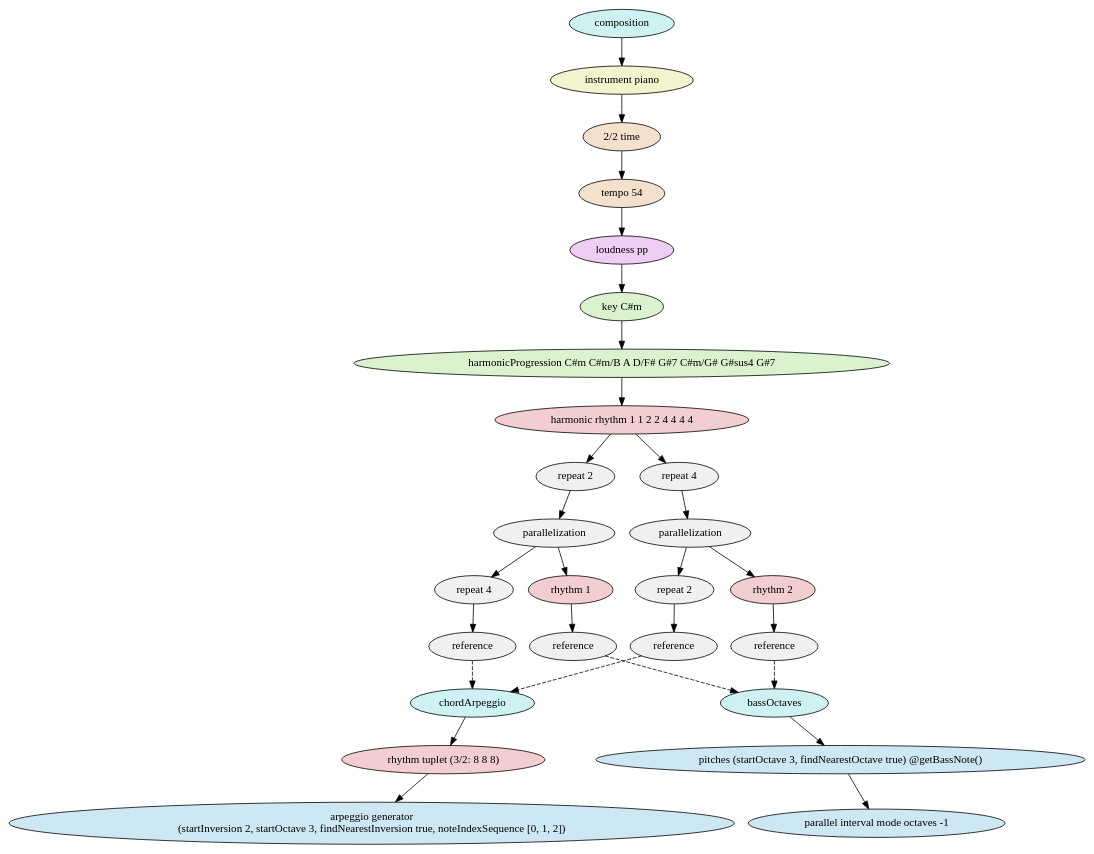
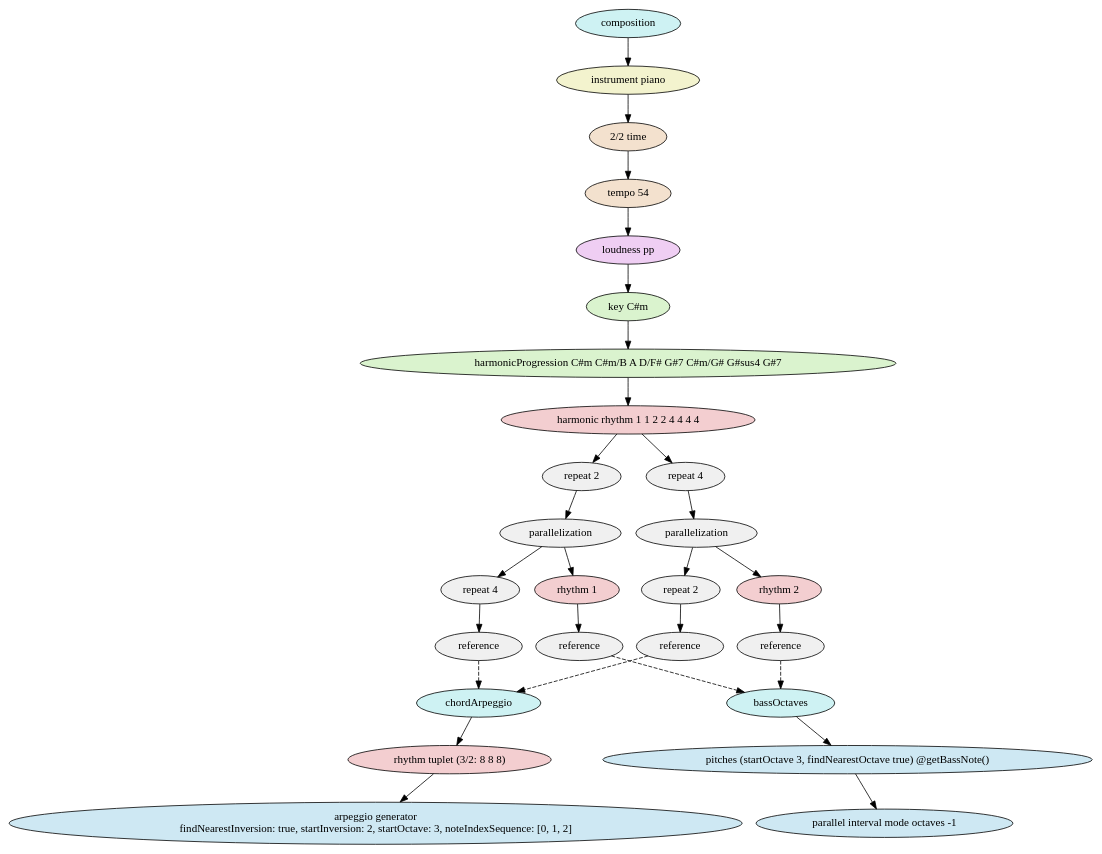
One commit to david-pace/mps-examples changed the diagram in Composition Models/Beethoven/Op27No2_PianoSonataInCSharpMinor/Op27No2_MoonlightSonata_Movement1_TreeModel.dot. Above: the diagram before and after it, drawn with Graphviz. The commit also changed 21 other files, not shown here.

```diff
--- a/Composition Models/Beethoven/Op27No2_PianoSonataInCSharpMinor/Op27No2_MoonlightSonata_Movement1_TreeModel.dot
+++ b/Composition Models/Beethoven/Op27No2_PianoSonataInCSharpMinor/Op27No2_MoonlightSonata_Movement1_TreeModel.dot
@@ -1,57 +1,57 @@
 digraph compositionModel {
     graph [ordering="out"];
     n0 [fillcolor="#cef2f3",style="filled",label="composition"];
     n1 [fillcolor="#f3f3ce",style="filled",label="instrument piano"];
     n0 -> n1;
     n2 [fillcolor="#f3e1ce",style="filled",label="2/2 time"];
     n1 -> n2;
     n3 [fillcolor="#f3e1ce",style="filled",label="tempo 54"];
     n2 -> n3;
     n4 [fillcolor="#efcef3",style="filled",label="loudness pp"];
     n3 -> n4;
     n5 [fillcolor="#daf3ce",style="filled",label="key C#m"];
     n4 -> n5;
     n6 [fillcolor="#daf3ce",style="filled",label="harmonicProgression C#m C#m/B A D/F# G#7 C#m/G# G#sus4 G#7"];
     n5 -> n6;
     n7 [fillcolor="#f3ced0",style="filled",label="harmonic rhythm 1 1 2 2 4 4 4 4"];
     n6 -> n7;
     n8 [fillcolor="#f0f0f0",style="filled",label="repeat 2"];
     n7 -> n8;
     n9 [fillcolor="#f0f0f0",style="filled",label="parallelization"];
     n8 -> n9;
     n10 [fillcolor="#f0f0f0",style="filled",label="repeat 4"];
     n9 -> n10;
     n11 [fillcolor="#f0f0f0",style="filled",label="reference"];
     n10 -> n11;
     n12 [fillcolor="#f3ced0",style="filled",label="rhythm 1"];
     n9 -> n12;
     n13 [fillcolor="#f0f0f0",style="filled",label="reference"];
     n12 -> n13;
     n14 [fillcolor="#f0f0f0",style="filled",label="repeat 4"];
     n7 -> n14;
     n15 [fillcolor="#f0f0f0",style="filled",label="parallelization"];
     n14 -> n15;
     n16 [fillcolor="#f0f0f0",style="filled",label="repeat 2"];
     n15 -> n16;
     n17 [fillcolor="#f0f0f0",style="filled",label="reference"];
     n16 -> n17;
     n18 [fillcolor="#f3ced0",style="filled",label="rhythm 2"];
     n15 -> n18;
     n19 [fillcolor="#f0f0f0",style="filled",label="reference"];
     n18 -> n19;
     n20 [fillcolor="#cef2f3",style="filled",label="chordArpeggio"];
     n21 [fillcolor="#f3ced0",style="filled",label="rhythm tuplet (3/2: 8 8 8)"];
     n20 -> n21;
     n22 [fillcolor="#cee8f3",style="filled",label="arpeggio generator
-(startInversion 2, startOctave 3, findNearestInversion true, noteIndexSequence [0, 1, 2])"];
+findNearestInversion: true, startInversion: 2, startOctave: 3, noteIndexSequence: [0, 1, 2]"];
     n21 -> n22;
     n23 [fillcolor="#cef2f3",style="filled",label="bassOctaves"];
     n24 [fillcolor="#cee8f3",style="filled",label="pitches (startOctave 3, findNearestOctave true) @getBassNote()"];
     n23 -> n24;
     n25 [fillcolor="#cee8f3",style="filled",label="parallel interval mode octaves -1"];
     n24 -> n25;
     n11 -> n20 [style="dashed"];
     n13 -> n23 [style="dashed"];
     n17 -> n20 [style="dashed"];
     n19 -> n23 [style="dashed"];
 }
```
